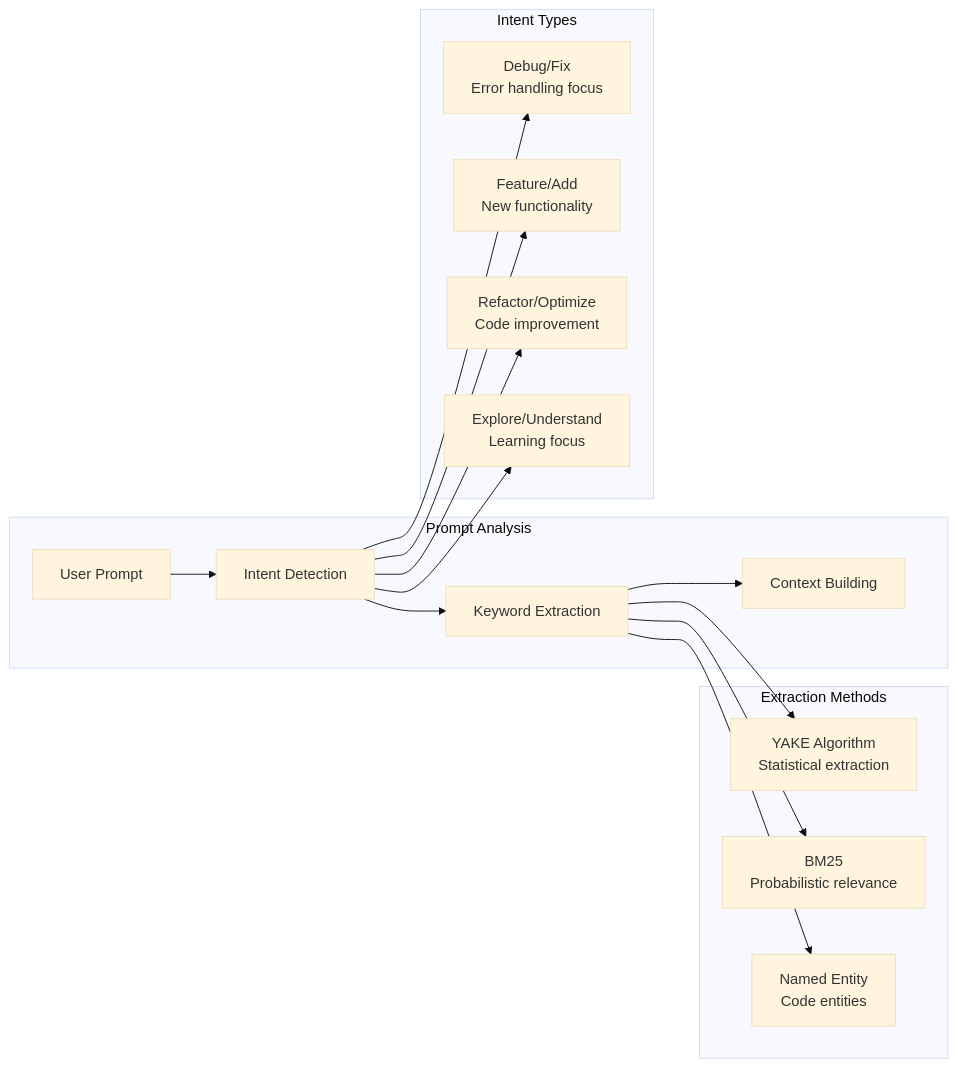
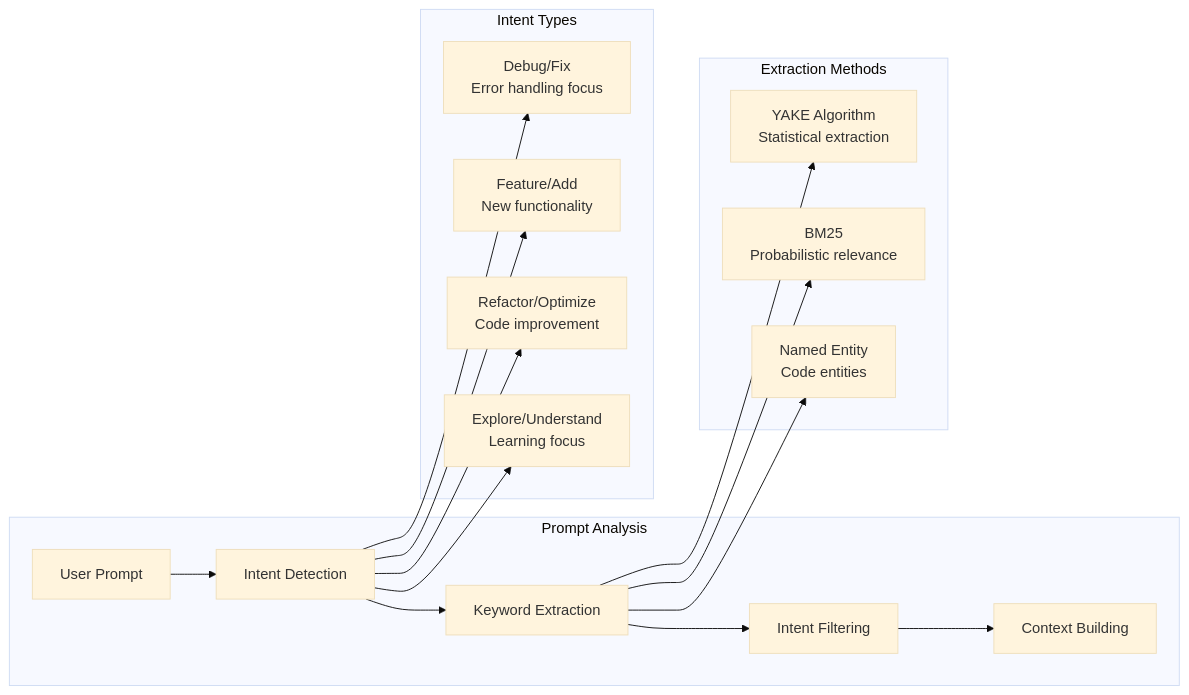
The ninth of 11 diagrams in docs/architecture/core_systems.md (jddunn/tenets), drawn with Mermaid (base theme) before and after one commit. The commit also changed other lines of this file and 28 other files, not shown here.

````diff
--- a/docs/architecture/core_systems.md
+++ b/docs/architecture/core_systems.md
@@ -749,35 +827,37 @@
 ```mermaid
 graph LR
     subgraph "Prompt Analysis"
         INPUT[User Prompt]
         INTENT[Intent Detection]
         KEYWORDS[Keyword Extraction]
+        FILTER[Intent Filtering]
         CONTEXT[Context Building]
     end
 
     subgraph "Intent Types"
         DEBUG[Debug/Fix<br/>Error handling focus]
         FEATURE[Feature/Add<br/>New functionality]
         REFACTOR[Refactor/Optimize<br/>Code improvement]
         EXPLORE[Explore/Understand<br/>Learning focus]
     end
 
     subgraph "Extraction Methods"
         YAKE[YAKE Algorithm<br/>Statistical extraction]
         BM25[BM25<br/>Probabilistic relevance]
         NER[Named Entity<br/>Code entities]
     end
 
     INPUT --> INTENT
     INTENT --> KEYWORDS
-    KEYWORDS --> CONTEXT
+    KEYWORDS --> FILTER
+    FILTER --> CONTEXT
 
     INTENT --> DEBUG
     INTENT --> FEATURE
     INTENT --> REFACTOR
     INTENT --> EXPLORE
 
     KEYWORDS --> YAKE
     KEYWORDS --> BM25
     KEYWORDS --> NER
 ```
````
